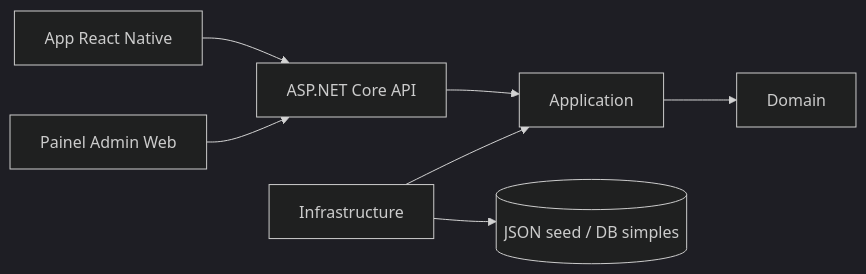
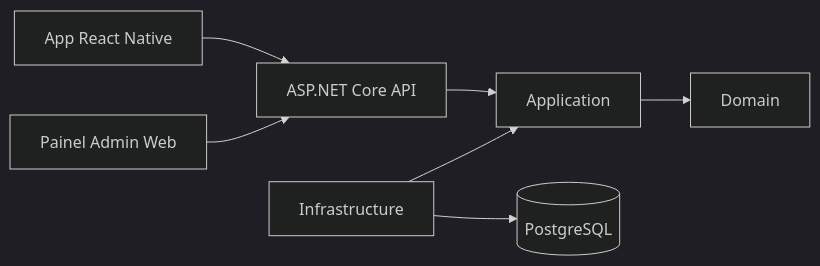
One commit to LucasKohler/Siena-app changed the diagram in ARCHITECTURE.md. Above: the diagram before and after it, drawn with Mermaid (dark theme). The commit also changed other lines of this file and 100 other files, not shown here.

First line of the commit message:
feat(api): PostgreSQL, admin API, and overengineering cleanup

````diff
--- a/ARCHITECTURE.md
+++ b/ARCHITECTURE.md
@@ -63,17 +63,17 @@
 ```mermaid
 flowchart LR
   Mobile[App React Native]
   AdminWeb[Painel Admin Web]
   API[ASP.NET Core API]
   AppLayer[Application]
   Domain[Domain]
   Infra[Infrastructure]
-  Data[(JSON seed / DB simples)]
+  Data[(PostgreSQL)]
 
   Mobile --> API
   AdminWeb --> API
   API --> AppLayer
   AppLayer --> Domain
   Infra --> AppLayer
   Infra --> Data
 ```
````
